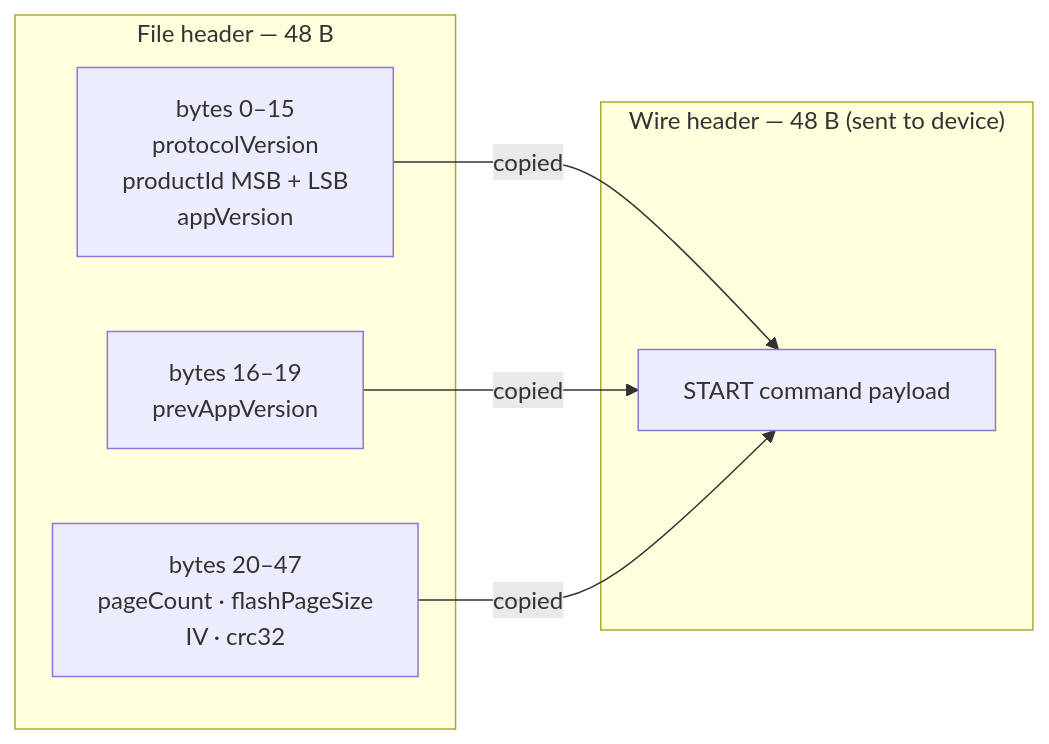
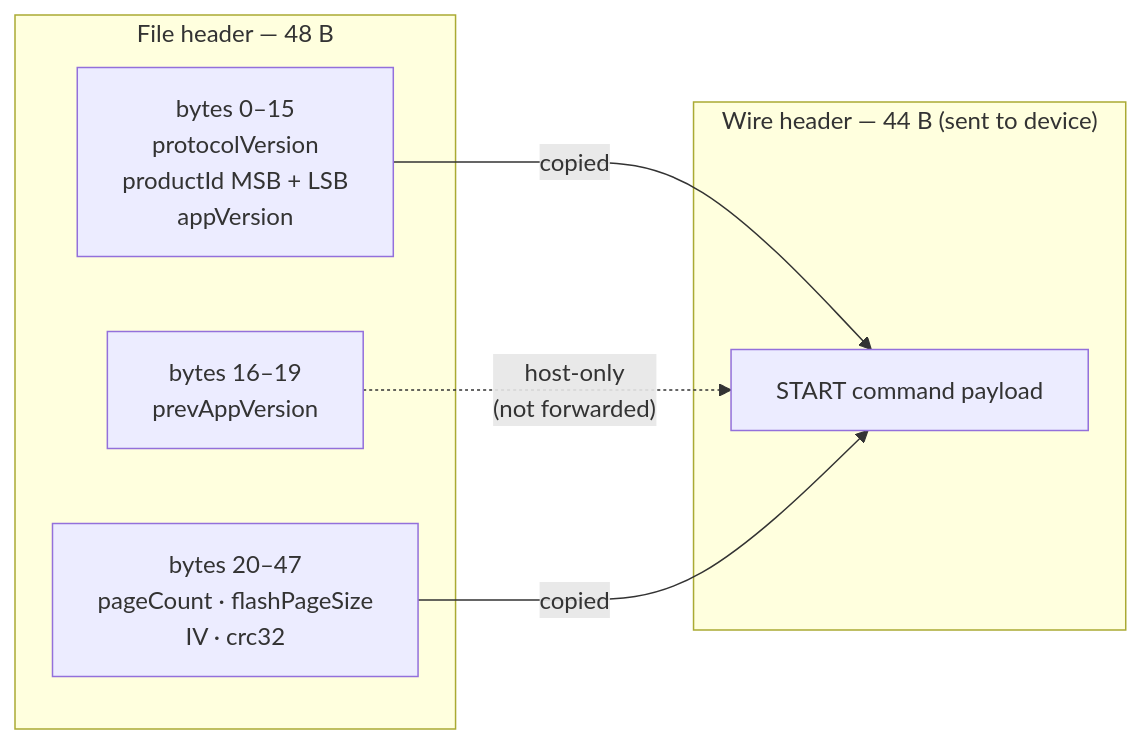
The second of 3 diagrams in docs/FIRMWARE_FORMAT.md (niwciu/SecureLoader), drawn with Mermaid before and after one commit. The commit also changed other lines of this file and 25 other files, not shown here.

````diff
--- a/docs/FIRMWARE_FORMAT.md
+++ b/docs/FIRMWARE_FORMAT.md
@@ -157,14 +163,14 @@
 ```mermaid
 flowchart LR
     subgraph disk["File header — 48 B"]
         A["bytes 0–15<br/>protocolVersion<br/>productId MSB + LSB<br/>appVersion"]
         B["bytes 16–19<br/>prevAppVersion"]
         C["bytes 20–47<br/>pageCount · flashPageSize<br/>IV · crc32"]
     end
-    subgraph wire["Wire header — 48 B  (sent to device)"]
+    subgraph wire["Wire header — 44 B  (sent to device)"]
         W["START command payload"]
     end
     A -- "copied" --> W
-    B -- "copied" --> W
+    B -. "host-only\n(not forwarded)" .-> W
     C -- "copied" --> W
 ```
````
